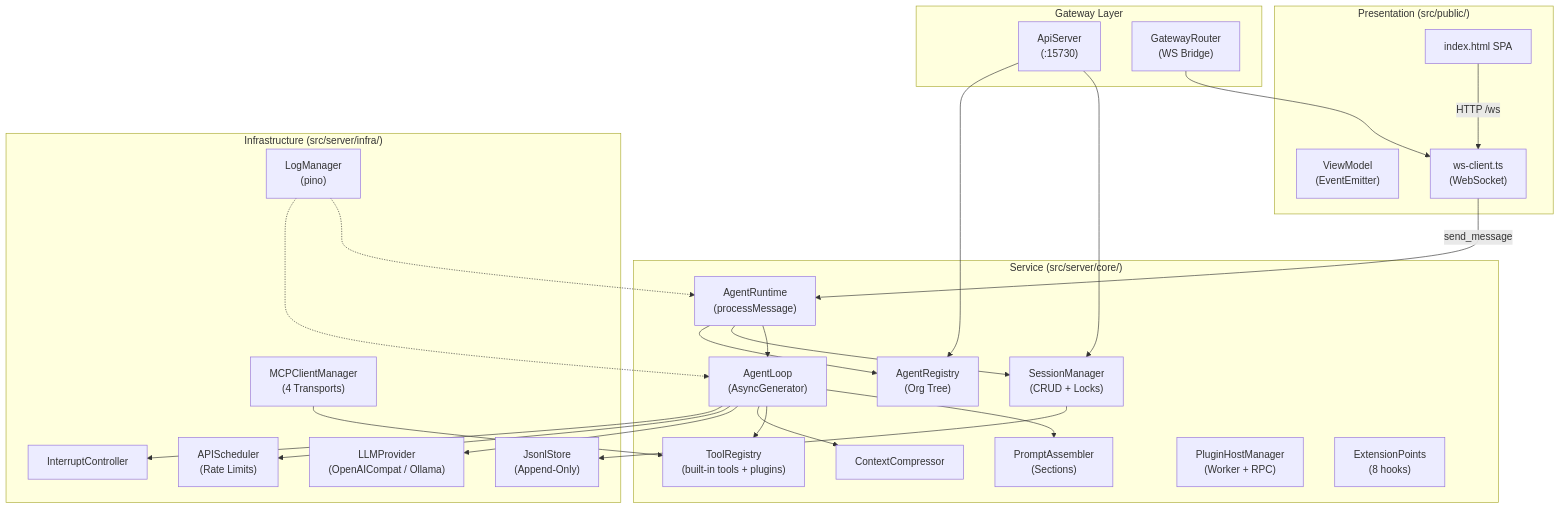
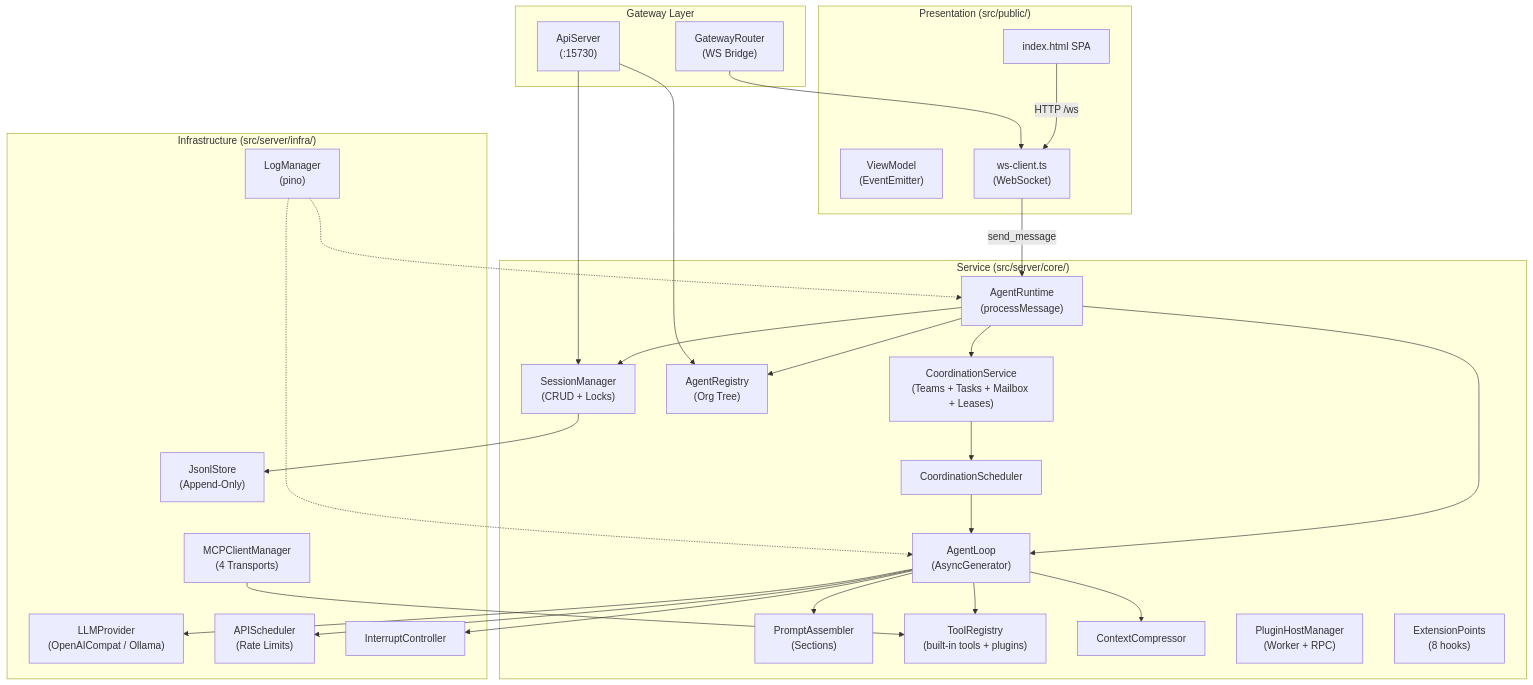
Before and after one commit to AnoCod/AnoClaw: the first of 5 diagrams in AGENTS.md, drawn with Mermaid. The commit also changed other lines of this file and 90 other files, not shown here.

````diff
--- a/AGENTS.md
+++ b/AGENTS.md
@@ -76,53 +76,58 @@
 ```mermaid
 graph TB
     subgraph Presentation["Presentation (src/public/)"]
         SPA["index.html SPA"]
         VM["ViewModel<br/>(EventEmitter)"]
         WS["ws-client.ts<br/>(WebSocket)"]
     end
 
     subgraph Service["Service (src/server/core/)"]
         AR["AgentRuntime<br/>(processMessage)"]
         AL["AgentLoop<br/>(AsyncGenerator)"]
         SM["SessionManager<br/>(CRUD + Locks)"]
         PA["PromptAssembler<br/>(Sections)"]
         TR["ToolRegistry<br/>(built-in tools + plugins)"]
         CC["ContextCompressor"]
         AReg["AgentRegistry<br/>(Org Tree)"]
+        COORD["CoordinationService<br/>(Teams + Tasks + Mailbox + Leases)"]
+        CS["CoordinationScheduler"]
         PHM["PluginHostManager<br/>(Worker + RPC)"]
         EXT["ExtensionPoints<br/>(8 hooks)"]
     end
 
     subgraph Infrastructure["Infrastructure (src/server/infra/)"]
         LLP["LLMProvider<br/>(OpenAICompat / Ollama)"]
         APS["APIScheduler<br/>(Rate Limits)"]
         JSL["JsonlStore<br/>(Append-Only)"]
         MCPM["MCPClientManager<br/>(4 Transports)"]
         IC["InterruptController"]
         LM["LogManager<br/>(pino)"]
     end
 
     subgraph Gateway["Gateway Layer"]
         API["ApiServer<br/>(:15730)"]
         GW["GatewayRouter<br/>(WS Bridge)"]
     end
 
     SPA -->|"HTTP /ws"| WS
     WS -->|"send_message"| AR
     AR --> AL
     AR --> SM
     AR --> AReg
+    AR --> COORD
     AL --> PA
     AL --> TR
     AL --> CC
     AL --> LLP
     AL --> APS
     AL --> IC
+    COORD --> CS
+    CS --> AL
     SM --> JSL
     API --> SM
     API --> AReg
     GW --> WS
     MCPM --> TR
     LM -.-> AR
     LM -.-> AL
 ```
````
